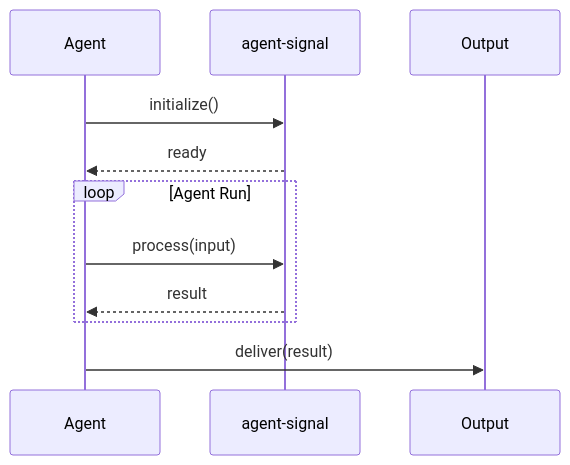
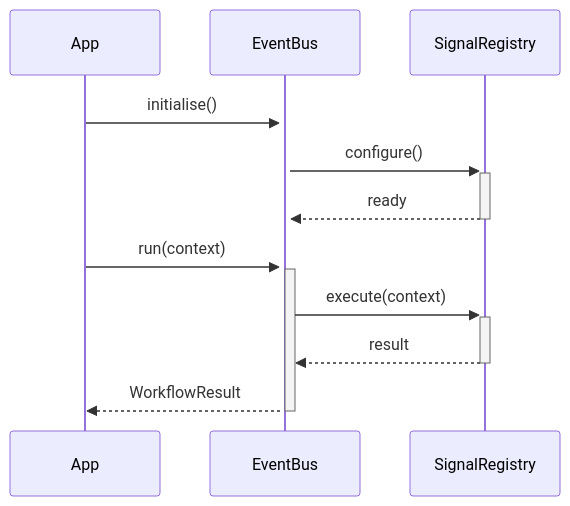
One commit to darshjme/agent-signal changed the second of 2 diagrams in README.md. Above: the diagram before and after it, drawn with Mermaid. The commit also changed other lines of this file and 1 other file, not shown here.

````diff
--- a/README.md
+++ b/README.md
@@ -72,16 +84,14 @@
 ```mermaid
 sequenceDiagram
-    participant Agent
-    participant AgentSignal as agent-signal
-    participant Output
+    participant App
+    participant EventBus
+    participant SignalRegistry
 
-    Agent->>AgentSignal: initialize()
-    AgentSignal-->>Agent: ready
-
-    loop Agent Run
-        Agent->>AgentSignal: process(input)
-        AgentSignal-->>Agent: result
-    end
-
-    Agent->>Output: deliver(result)
+    App->>+EventBus: initialise()
+    EventBus->>+SignalRegistry: configure()
+    SignalRegistry-->>-EventBus: ready
+    App->>+EventBus: run(context)
+    EventBus->>+SignalRegistry: execute(context)
+    SignalRegistry-->>-EventBus: result
+    EventBus-->>-App: WorkflowResult
 ```
````
